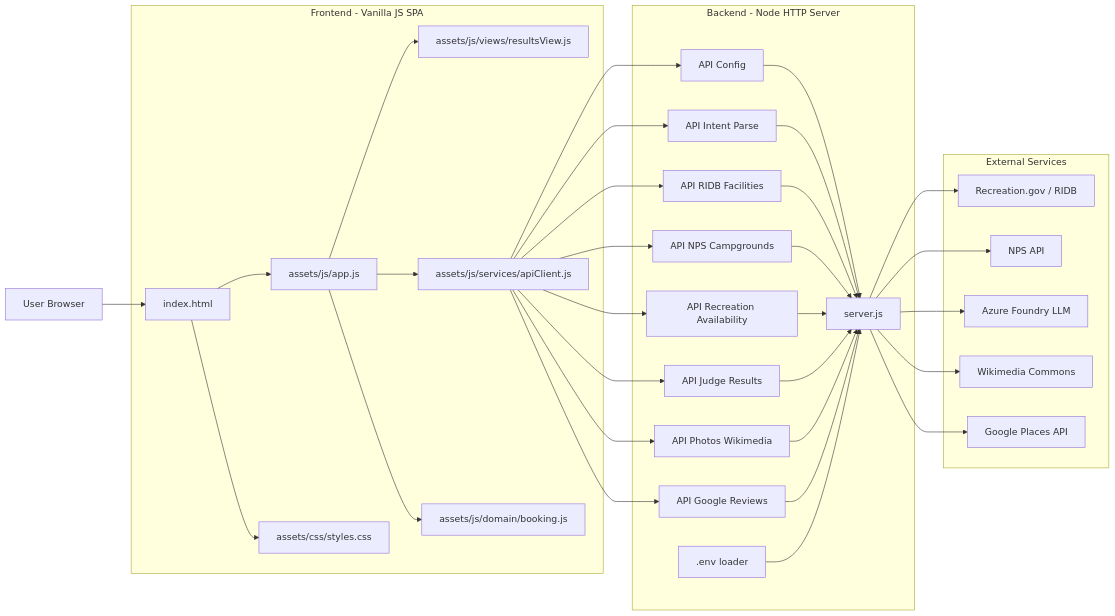
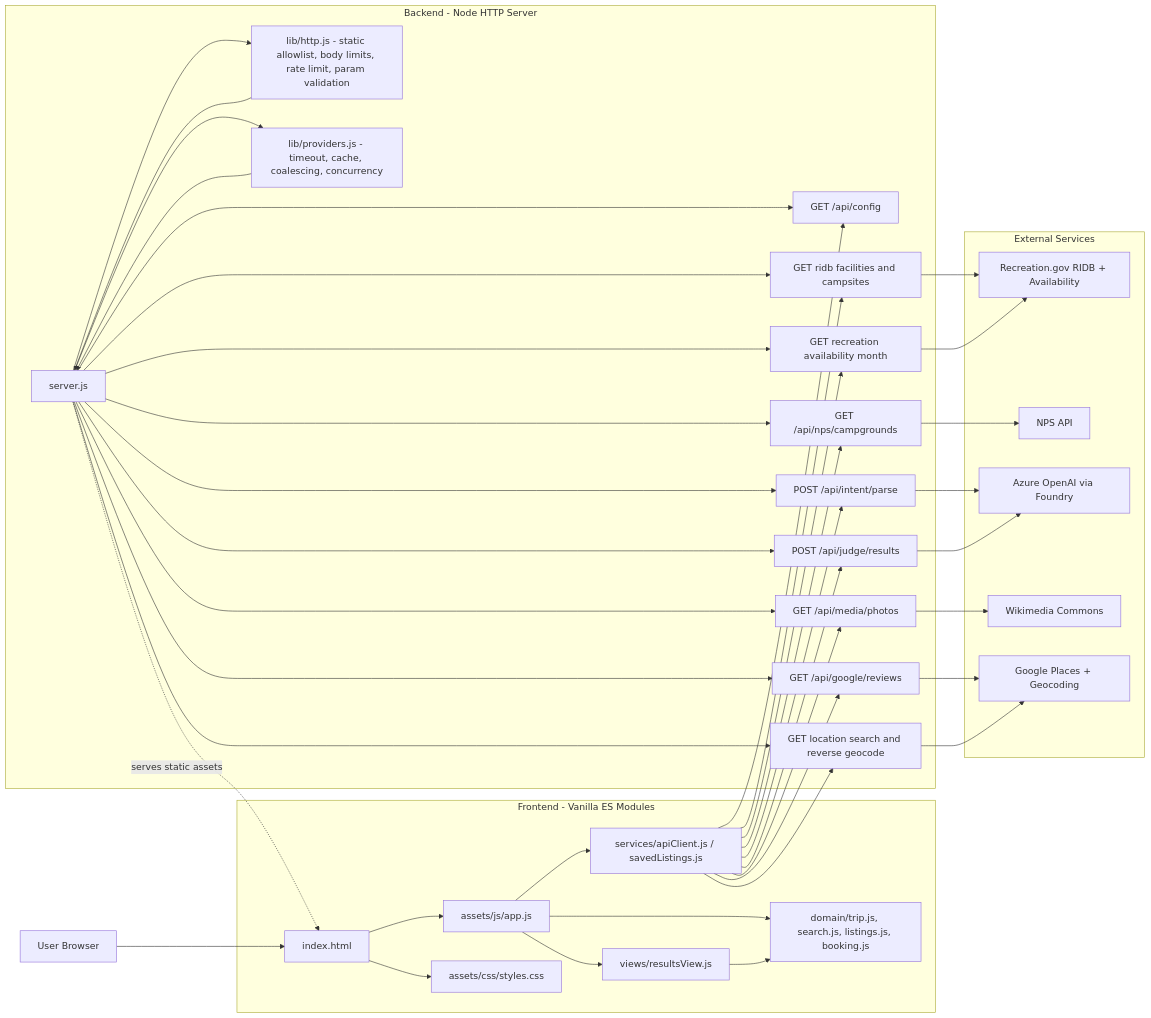
The diagram in ARCHITECTURE.mmd (shek045/campin), drawn with Mermaid before and after one commit. The commit also changed 27 other files, not shown here.

First line of the commit message:
Harden server, make results truthful, and improve search and Explore

```diff
--- a/ARCHITECTURE.mmd
+++ b/ARCHITECTURE.mmd
@@ -1,65 +1,78 @@
 flowchart LR
   U[User Browser]
 
-  subgraph FE[Frontend - Vanilla JS SPA]
+  subgraph FE[Frontend - Vanilla ES Modules]
     H[index.html]
     A[assets/js/app.js]
-    RV[assets/js/views/resultsView.js]
-    API[assets/js/services/apiClient.js]
-    BK[assets/js/domain/booking.js]
+    RV[views/resultsView.js]
+    SVC[services/apiClient.js / savedListings.js]
+    DOM[domain/trip.js, search.js, listings.js, booking.js]
     CSS[assets/css/styles.css]
   end
 
   subgraph BE[Backend - Node HTTP Server]
     S[server.js]
-    ENV[.env loader]
-    CFG[API Config]
-    INT[API Intent Parse]
-    RIDB[API RIDB Facilities]
-    NPS[API NPS Campgrounds]
-    AV[API Recreation Availability]
-    JR[API Judge Results]
-    PH[API Photos Wikimedia]
-    GR[API Google Reviews]
+    LH[lib/http.js - static allowlist, body limits, rate limit, param validation]
+    LP[lib/providers.js - timeout, cache, coalescing, concurrency]
+    CFG[GET /api/config]
+    INT[POST /api/intent/parse]
+    JR[POST /api/judge/results]
+    RIDB[GET ridb facilities and campsites]
+    NPS[GET /api/nps/campgrounds]
+    AV[GET recreation availability month]
+    PH[GET /api/media/photos]
+    GR[GET /api/google/reviews]
+    GEO[GET location search and reverse geocode]
   end
 
   subgraph EXT[External Services]
-    RG[Recreation.gov / RIDB]
+    RG[Recreation.gov RIDB + Availability]
     NP[NPS API]
-    AZ[Azure Foundry LLM]
+    AZ[Azure OpenAI via Foundry]
     WM[Wikimedia Commons]
-    GP[Google Places API]
+    GP[Google Places + Geocoding]
   end
 
   U --> H
   H --> A
   A --> RV
-  A --> API
-  A --> BK
+  A --> SVC
+  A --> DOM
+  RV --> DOM
   H --> CSS
 
-  API --> CFG
-  API --> INT
-  API --> RIDB
-  API --> NPS
-  API --> AV
-  API --> JR
-  API --> PH
-  API --> GR
+  SVC --> CFG
+  SVC --> INT
+  SVC --> JR
+  SVC --> RIDB
+  SVC --> NPS
+  SVC --> AV
+  SVC --> PH
+  SVC --> GR
+  SVC --> GEO
 
-  CFG --> S
-  INT --> S
-  RIDB --> S
-  NPS --> S
-  AV --> S
-  JR --> S
-  PH --> S
-  GR --> S
+  S --> LH
+  S --> LP
+  S --> CFG
+  S --> INT
+  S --> JR
+  S --> RIDB
+  S --> NPS
+  S --> AV
+  S --> PH
+  S --> GR
+  S --> GEO
 
-  ENV --> S
+  S -.serves static assets.-> H
 
-  S --> RG
-  S --> NP
-  S --> AZ
-  S --> WM
-  S --> GP
+  LH --> S
+  LP --> S
+
+  RIDB --> RG
+  AV --> RG
+  NPS --> NP
+  INT --> AZ
+  JR --> AZ
+  PH --> WM
+  GR --> GP
+  GEO --> GP
```
